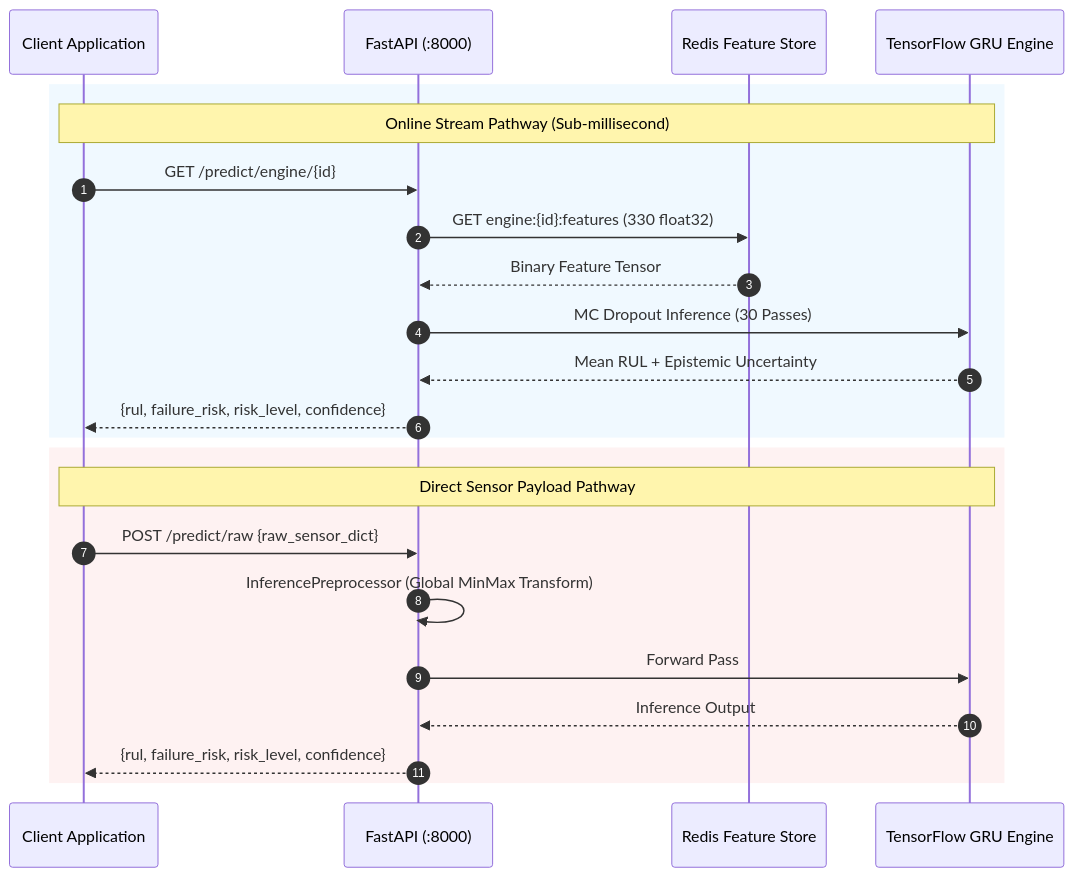
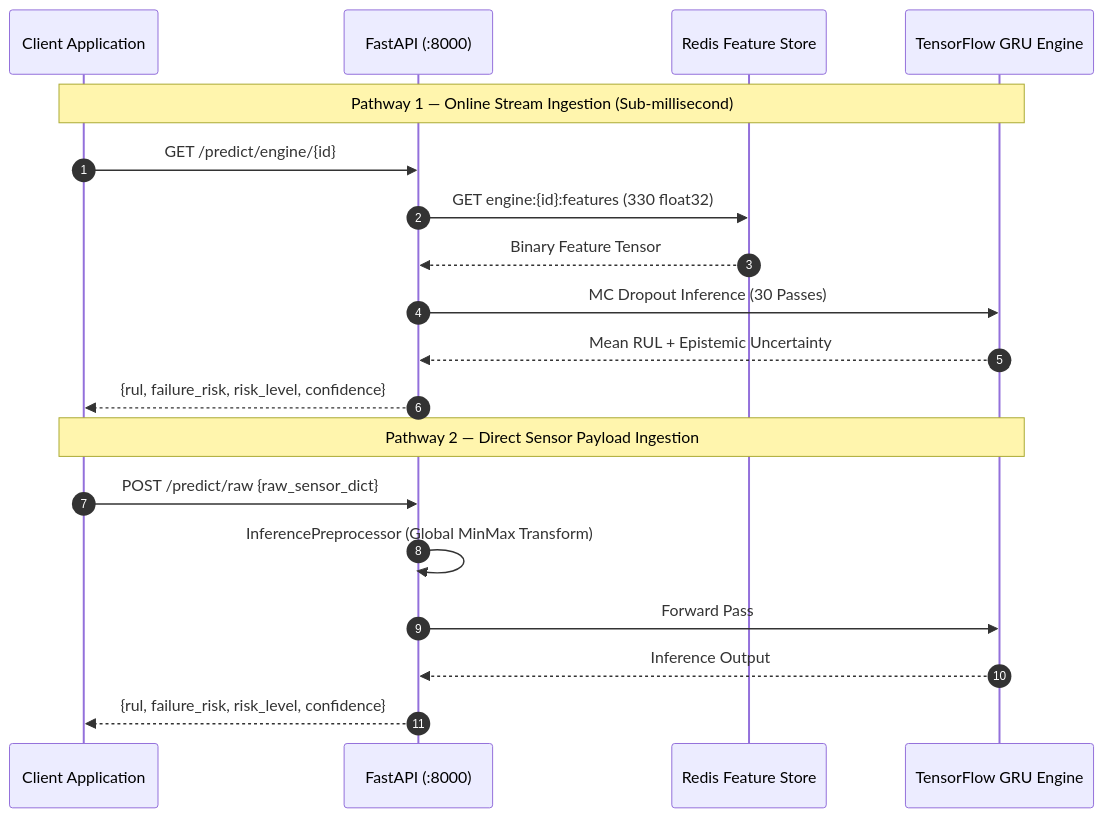
The first of 3 diagrams in docs/05_inference_service.md (nasim-raj-laskar/Engine-RUL-Forcasting-system), drawn with Mermaid before and after one commit.

Commit message:
low-contrast text issue fixed inside docs/05_inference_service.md

````diff
--- a/docs/05_inference_service.md
+++ b/docs/05_inference_service.md
@@ -11,27 +11,23 @@
 ```mermaid
 sequenceDiagram
     autonumber
     participant Client as Client Application
     participant API as FastAPI (:8000)
     participant Redis as Redis Feature Store
     participant Engine as TensorFlow GRU Engine
 
-    rect rgb(240, 249, 255)
-    Note over Client,Engine: Online Stream Pathway (Sub-millisecond)
+    Note over Client,Engine: Pathway 1 — Online Stream Ingestion (Sub-millisecond)
     Client->>API: GET /predict/engine/{id}
     API->>Redis: GET engine:{id}:features (330 float32)
     Redis-->>API: Binary Feature Tensor
     API->>Engine: MC Dropout Inference (30 Passes)
     Engine-->>API: Mean RUL + Epistemic Uncertainty
     API-->>Client: {rul, failure_risk, risk_level, confidence}
-    end
 
-    rect rgb(254, 242, 242)
-    Note over Client,Engine: Direct Sensor Payload Pathway
+    Note over Client,Engine: Pathway 2 — Direct Sensor Payload Ingestion
     Client->>API: POST /predict/raw {raw_sensor_dict}
     API->>API: InferencePreprocessor (Global MinMax Transform)
     API->>Engine: Forward Pass
     Engine-->>API: Inference Output
     API-->>Client: {rul, failure_risk, risk_level, confidence}
-    end
 ```
````
